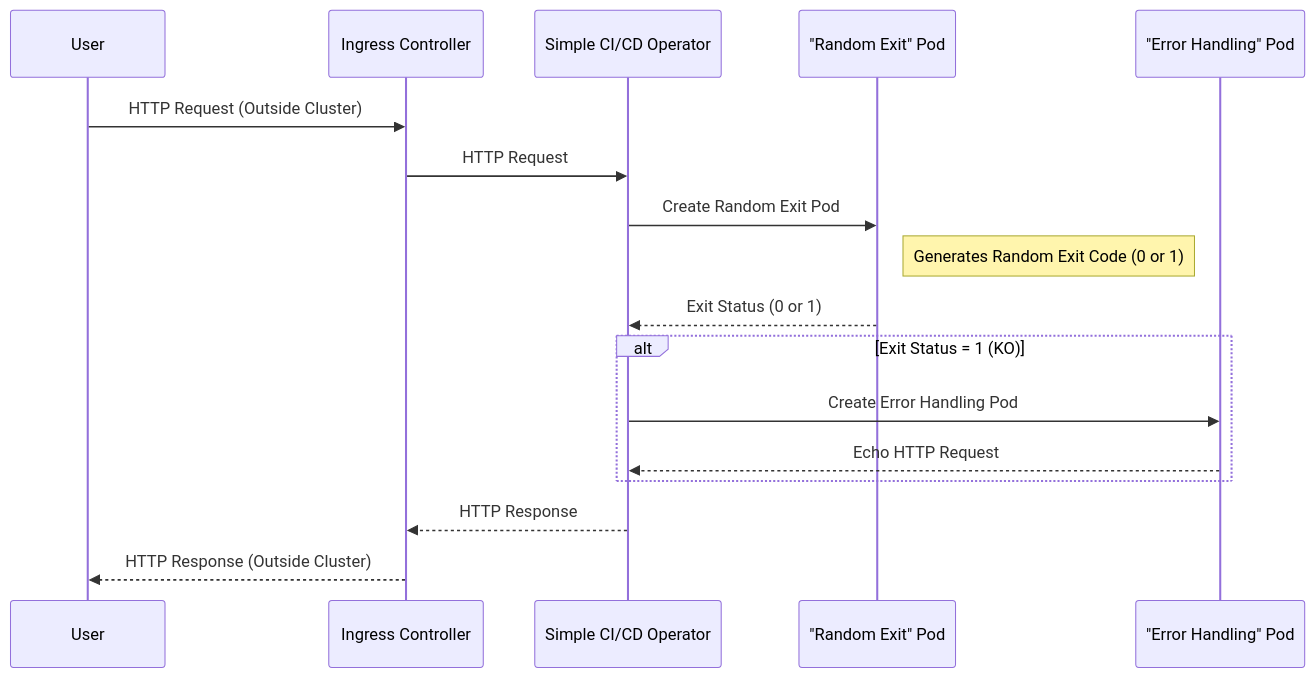
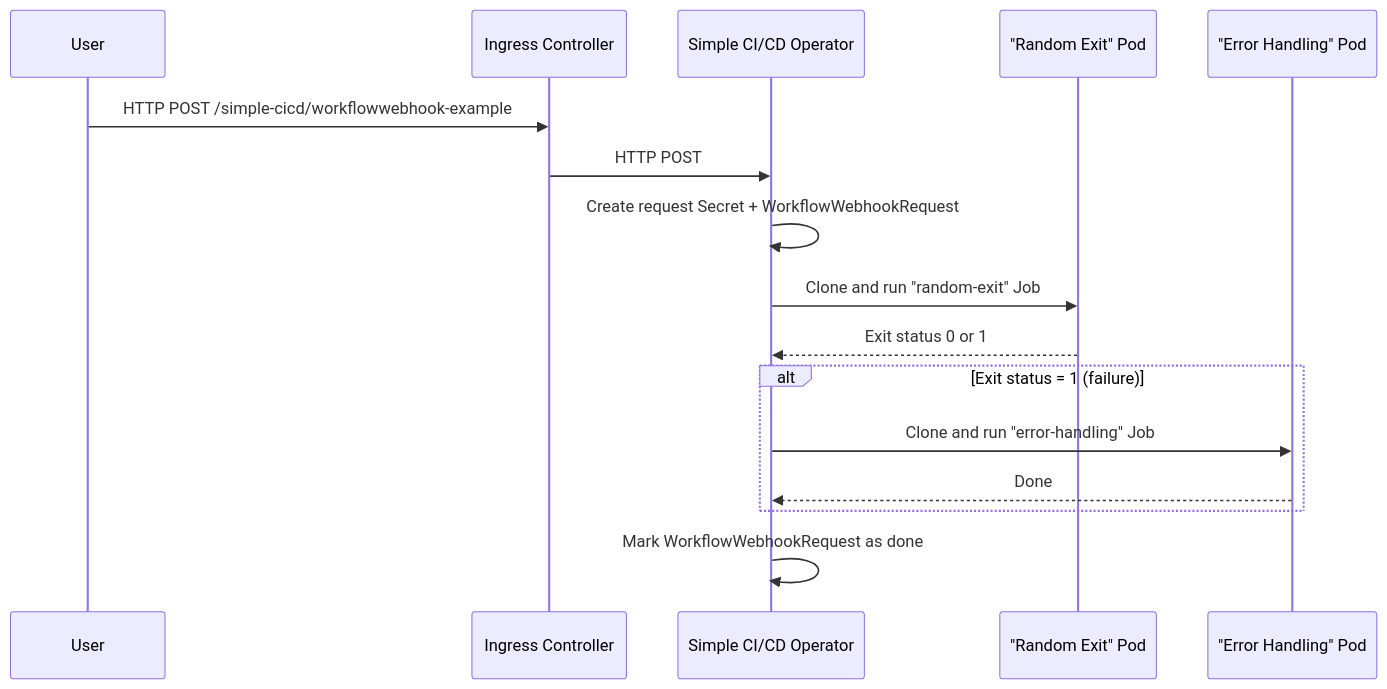
One commit to jlsalvador/simple-cicd changed the second of 2 diagrams in README.md. Above: the diagram before and after it, drawn with Mermaid. The commit also changed other lines of this file and 97 other files, not shown here.

````diff
--- a/README.md
+++ b/README.md
@@ -65,22 +88,21 @@
 ```mermaid
 sequenceDiagram
-  participant User as User
+  participant User
   participant Ingress as Ingress Controller
-  participant SimpleCI/CD as Simple CI/CD Operator
+  participant Operator as Simple CI/CD Operator
   participant Pod1 as "Random Exit" Pod
   participant Pod2 as "Error Handling" Pod
 
-  User->>Ingress: HTTP Request (Outside Cluster)
-  Ingress->>SimpleCI/CD: HTTP Request
-  SimpleCI/CD->>Pod1: Create Random Exit Pod
-  Note right of Pod1: Generates Random Exit Code (0 or 1)
-  Pod1-->>SimpleCI/CD: Exit Status (0 or 1)
+  User->>Ingress: HTTP POST /simple-cicd/workflowwebhook-example
+  Ingress->>Operator: HTTP POST
+  Operator->>Operator: Create request Secret + WorkflowWebhookRequest
+  Operator->>Pod1: Clone and run "random-exit" Job
+  Pod1-->>Operator: Exit status 0 or 1
 
-  alt Exit Status = 1 (KO)
-    SimpleCI/CD->>Pod2: Create Error Handling Pod
-    Pod2-->>SimpleCI/CD: Echo HTTP Request
+  alt Exit status = 1 (failure)
+    Operator->>Pod2: Clone and run "error-handling" Job
+    Pod2-->>Operator: Done
   end
 
-  SimpleCI/CD-->>Ingress: HTTP Response
-  Ingress-->>User: HTTP Response (Outside Cluster)
+  Operator->>Operator: Mark WorkflowWebhookRequest as done
 ```
````
